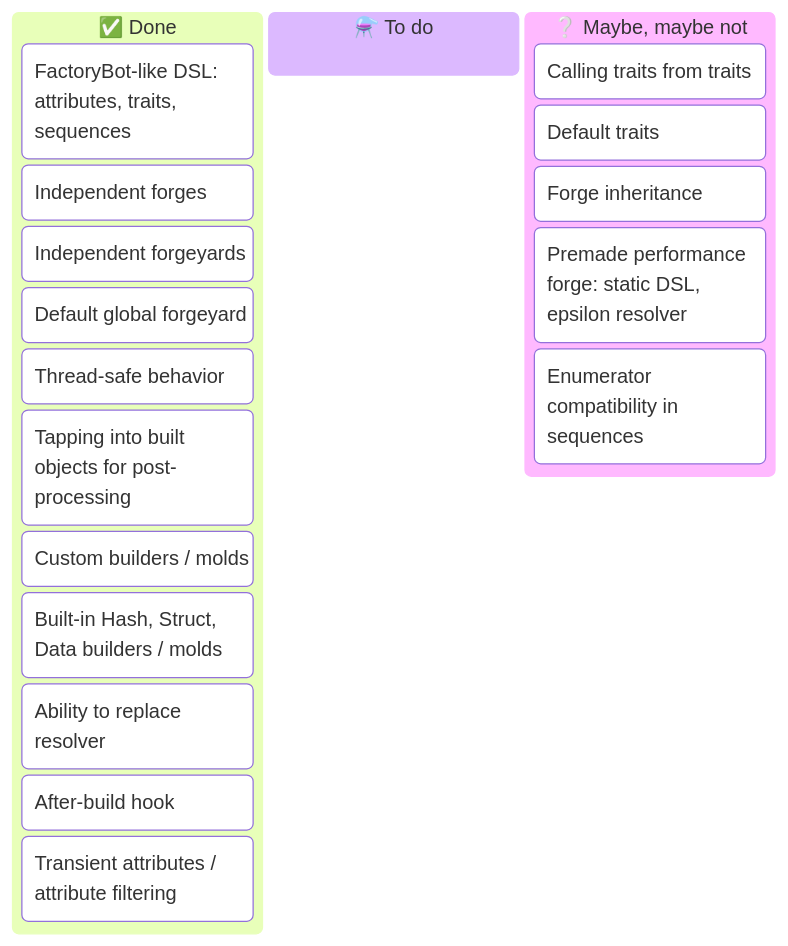
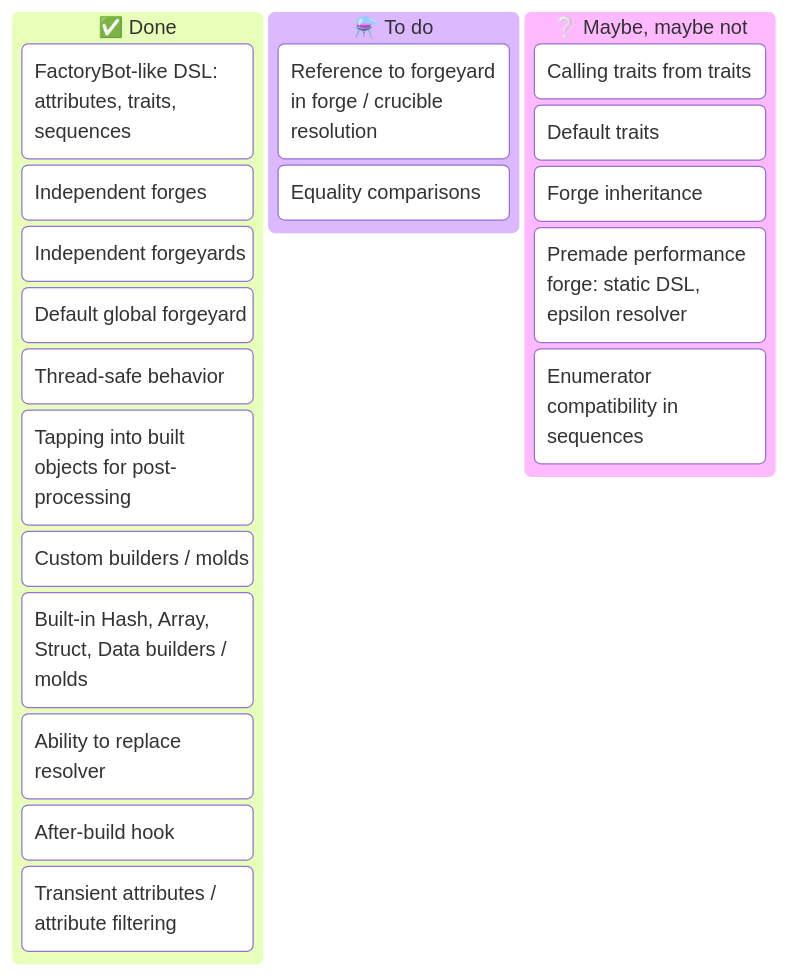
One commit to trinistr/object_forge changed the diagram in README.md. Above: the diagram before and after it, drawn with Mermaid. The commit also changed other lines of this file and 1 other file, not shown here.

Commit message:
Add more mentions of support for array construction

````diff
--- a/README.md
+++ b/README.md
@@ -414,22 +413,24 @@
 ```mermaid
 kanban
   [✅ Done]
     [FactoryBot-like DSL: attributes, traits, sequences]
     [Independent forges]
     [Independent forgeyards]
     [Default global forgeyard]
     [Thread-safe behavior]
     [Tapping into built objects for post-processing]
     [Custom builders / molds]
-    [Built-in Hash, Struct, Data builders / molds]
+    [Built-in Hash, Array, Struct, Data builders / molds]
     [Ability to replace resolver]
     [After-build hook]
     [Transient attributes / attribute filtering]
   [⚗️ To do]
+    [Reference to forgeyard in forge / crucible resolution]
+    [Equality comparisons]
   [❔ Maybe, maybe not]
     [Calling traits from traits]
     [Default traits]
     [Forge inheritance]
     [Premade performance forge: static DSL, epsilon resolver]
     [Enumerator compatibility in sequences]
 ```
````
